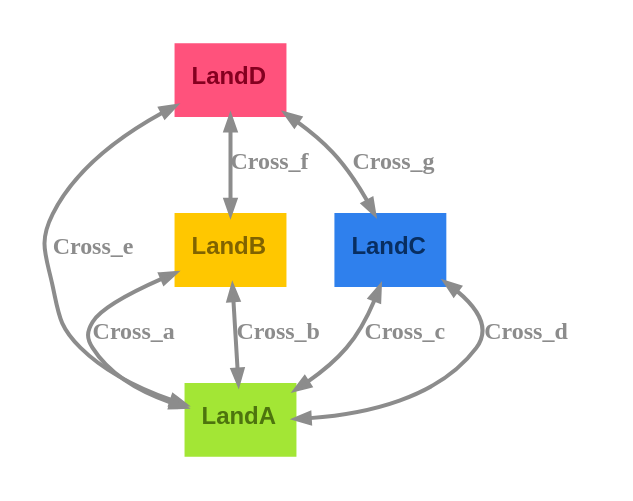
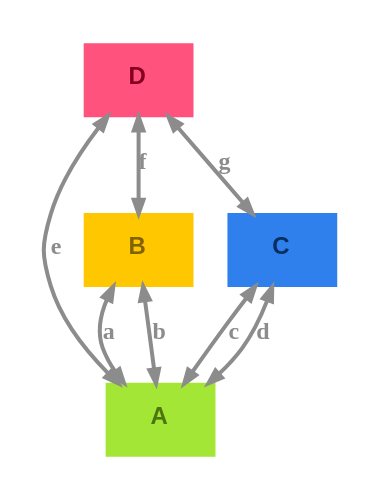
The diagram in renders/bridges-koenigsberg-dark.dot (m-bock/purescript-transit), drawn with Graphviz before and after one commit. The commit also changed 6 other files, not shown here.

Commit message:
Refactor Bridges of Königsberg example; update state and message types to use single-letter identifiers, enhance transition definitions, and improve documentation clarity regarding state transitions and graph analysis.

```diff
--- a/renders/bridges-koenigsberg-dark.dot
+++ b/renders/bridges-koenigsberg-dark.dot
@@ -1,15 +1,15 @@
 digraph 
 {
 rankdir = "TD";fontname = "Arial";labelloc = "t";fontsize = 12;bgcolor = "#00000000";color = "#c8c8c8";fontcolor = "#c8c8c8";pad = 0.2;rankdir = "TD"
-LandA [shape = "box", label = <<b>LandA</b>>, fontsize = 12, style = "filled", fillcolor = "#a3e635", fontcolor = "#4d740e", color = "#a3e635", fontname = "Arial", labelloc = "c", penwidth = 1.0]
-LandB [shape = "box", label = <<b>LandB</b>>, fontsize = 12, style = "filled", fillcolor = "#ffc700", fontcolor = "#806300", color = "#ffc700", fontname = "Arial", labelloc = "c", penwidth = 1.0]
-LandB -> LandA [color = "#8c8c8c", fontcolor = "#8c8c8c", fontsize = 12, label = <<b>Cross_a</b>>, arrowsize = "0.7", penwidth = 2.0, dir = "both"]
-LandB -> LandA [color = "#8c8c8c", fontcolor = "#8c8c8c", fontsize = 12, label = <<b>Cross_b</b>>, arrowsize = "0.7", penwidth = 2.0, dir = "both"]
-LandC [shape = "box", label = <<b>LandC</b>>, fontsize = 12, style = "filled", fillcolor = "#2f80ed", fontcolor = "#082e61", color = "#2f80ed", fontname = "Arial", labelloc = "c", penwidth = 1.0]
-LandC -> LandA [color = "#8c8c8c", fontcolor = "#8c8c8c", fontsize = 12, label = <<b>Cross_c</b>>, arrowsize = "0.7", penwidth = 2.0, dir = "both"]
-LandC -> LandA [color = "#8c8c8c", fontcolor = "#8c8c8c", fontsize = 12, label = <<b>Cross_d</b>>, arrowsize = "0.7", penwidth = 2.0, dir = "both"]
-LandD [shape = "box", label = <<b>LandD</b>>, fontsize = 12, style = "filled", fillcolor = "#ff527c", fontcolor = "#850020", color = "#ff527c", fontname = "Arial", labelloc = "c", penwidth = 1.0]
-LandD -> LandA [color = "#8c8c8c", fontcolor = "#8c8c8c", fontsize = 12, label = <<b>Cross_e</b>>, arrowsize = "0.7", penwidth = 2.0, dir = "both"]
-LandD -> LandB [color = "#8c8c8c", fontcolor = "#8c8c8c", fontsize = 12, label = <<b>Cross_f</b>>, arrowsize = "0.7", penwidth = 2.0, dir = "both"]
-LandD -> LandC [color = "#8c8c8c", fontcolor = "#8c8c8c", fontsize = 12, label = <<b>Cross_g</b>>, arrowsize = "0.7", penwidth = 2.0, dir = "both"]
+A [shape = "box", label = <<b>A</b>>, fontsize = 12, style = "filled", fillcolor = "#a3e635", fontcolor = "#4d740e", color = "#a3e635", fontname = "Arial", labelloc = "c", penwidth = 1.0]
+B [shape = "box", label = <<b>B</b>>, fontsize = 12, style = "filled", fillcolor = "#ffc700", fontcolor = "#806300", color = "#ffc700", fontname = "Arial", labelloc = "c", penwidth = 1.0]
+B -> A [color = "#8c8c8c", fontcolor = "#8c8c8c", fontsize = 12, label = <<b>a</b>>, arrowsize = "0.7", penwidth = 2.0, dir = "both"]
+B -> A [color = "#8c8c8c", fontcolor = "#8c8c8c", fontsize = 12, label = <<b>b</b>>, arrowsize = "0.7", penwidth = 2.0, dir = "both"]
+C [shape = "box", label = <<b>C</b>>, fontsize = 12, style = "filled", fillcolor = "#2f80ed", fontcolor = "#082e61", color = "#2f80ed", fontname = "Arial", labelloc = "c", penwidth = 1.0]
+C -> A [color = "#8c8c8c", fontcolor = "#8c8c8c", fontsize = 12, label = <<b>c</b>>, arrowsize = "0.7", penwidth = 2.0, dir = "both"]
+C -> A [color = "#8c8c8c", fontcolor = "#8c8c8c", fontsize = 12, label = <<b>d</b>>, arrowsize = "0.7", penwidth = 2.0, dir = "both"]
+D [shape = "box", label = <<b>D</b>>, fontsize = 12, style = "filled", fillcolor = "#ff527c", fontcolor = "#850020", color = "#ff527c", fontname = "Arial", labelloc = "c", penwidth = 1.0]
+D -> A [color = "#8c8c8c", fontcolor = "#8c8c8c", fontsize = 12, label = <<b>e</b>>, arrowsize = "0.7", penwidth = 2.0, dir = "both"]
+D -> B [color = "#8c8c8c", fontcolor = "#8c8c8c", fontsize = 12, label = <<b>f</b>>, arrowsize = "0.7", penwidth = 2.0, dir = "both"]
+D -> C [color = "#8c8c8c", fontcolor = "#8c8c8c", fontsize = 12, label = <<b>g</b>>, arrowsize = "0.7", penwidth = 2.0, dir = "both"]
 }
```
